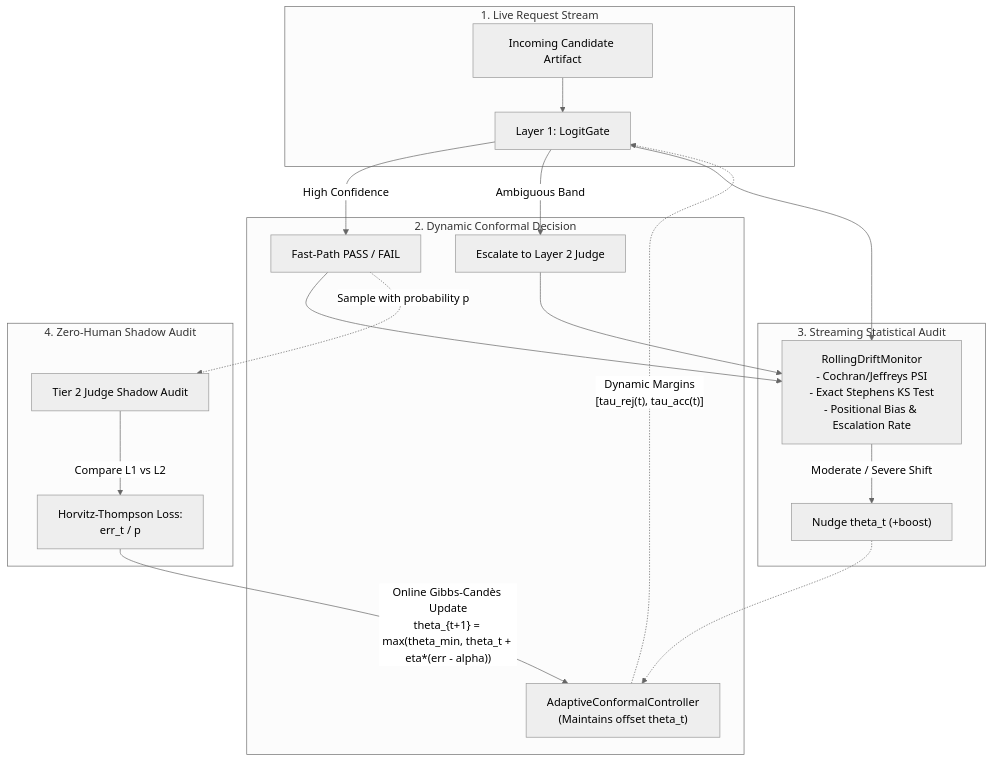
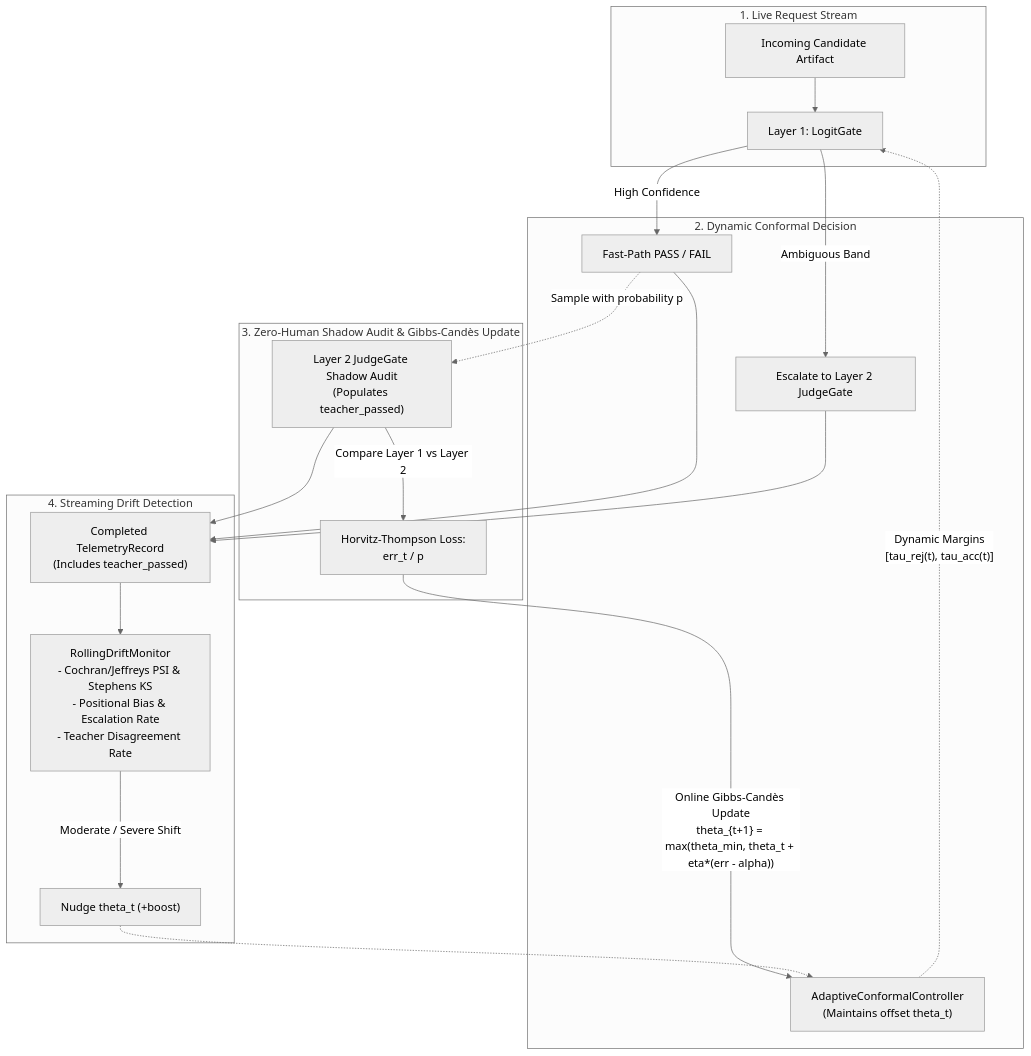
Before and after one commit to jasonbdly/LogitGate: the diagram in docs/advanced/drift_and_adaptive_conformal.md, drawn with Mermaid (neutral theme). The commit also changed other lines of this file and 24 other files, not shown here.

````diff
--- a/docs/advanced/drift_and_adaptive_conformal.md
+++ b/docs/advanced/drift_and_adaptive_conformal.md
@@ -33,24 +33,25 @@
 ```mermaid
 flowchart TD
     subgraph INGEST["1. Live Request Stream"]
         REQ["Incoming Candidate Artifact"] --> L1["Layer 1: LogitGate"]
     end
 
     subgraph ADAPT["2. Dynamic Conformal Decision"]
-        ACC["AdaptiveConformalController\n(Maintains offset theta_t)"] -.->|"Dynamic Margins\n[tau_rej(t), tau_acc(t)]"| L1
+        ACC["AdaptiveConformalController<br/>(Maintains offset theta_t)"] -.->|"Dynamic Margins<br/>[tau_rej(t), tau_acc(t)]"| L1
         L1 -->|"High Confidence"| FP["Fast-Path PASS / FAIL"]
-        L1 -->|"Ambiguous Band"| ESC["Escalate to Layer 2 Judge"]
+        L1 -->|"Ambiguous Band"| ESC["Escalate to Layer 2 JudgeGate"]
     end
 
-    subgraph DRIFT["3. Streaming Statistical Audit"]
-        L1 & FP & ESC --> RDM["RollingDriftMonitor\n- Cochran/Jeffreys PSI\n- Exact Stephens KS Test\n- Positional Bias & Escalation Rate"]
+    subgraph AUDIT["3. Zero-Human Shadow Audit & Gibbs-Candès Update"]
+        FP -.->|"Sample with probability p"| SHAD["Layer 2 JudgeGate Shadow Audit<br/>(Populates teacher_passed)"]
+        SHAD -->|"Compare Layer 1 vs Layer 2"| HT["Horvitz-Thompson Loss:<br/>err_t / p"]
+        HT -->|"Online Gibbs-Candès Update<br/>theta_{t+1} = max(theta_min, theta_t + eta*(err - alpha))"| ACC
+    end
+
+    subgraph DRIFT["4. Streaming Drift Detection"]
+        FP & ESC & SHAD --> REC["Completed TelemetryRecord<br/>(Includes teacher_passed)"]
+        REC --> RDM["RollingDriftMonitor<br/>- Cochran/Jeffreys PSI & Stephens KS<br/>- Positional Bias & Escalation Rate<br/>- Teacher Disagreement Rate"]
         RDM -->|"Moderate / Severe Shift"| BOOST["Nudge theta_t (+boost)"]
         BOOST -.-> ACC
     end
-
-    subgraph AUDIT["4. Zero-Human Shadow Audit"]
-        FP -.->|"Sample with probability p"| SHAD["Tier 2 Judge Shadow Audit"]
-        SHAD -->|"Compare L1 vs L2"| HT["Horvitz-Thompson Loss:\nerr_t / p"]
-        HT -->|"Online Gibbs-Candès Update\ntheta_{t+1} = max(theta_min, theta_t + eta*(err - alpha))"| ACC
-    end
 ```
````
